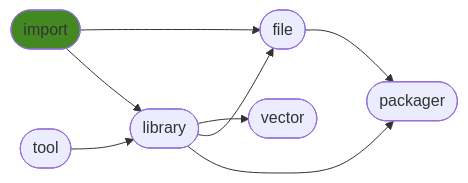
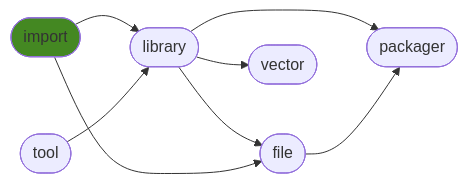
Before and after one commit to ManderaGeneral/generalimport: the diagram in README.md, drawn with Mermaid. The commit also changed other lines of this file, not shown here.

````diff
--- a/README.md
+++ b/README.md
@@ -28,17 +28,17 @@
 ```mermaid
 flowchart LR
+0([import]) --> 2([library])
 2([library]) --> 4([vector])
-0([import]) --> 3([file])
-0([import]) --> 2([library])
+2([library]) --> 5([packager])
 2([library]) --> 3([file])
 1([tool]) --> 2([library])
-2([library]) --> 5([packager])
+0([import]) --> 3([file])
 3([file]) --> 5([packager])
 click 0 "https://github.com/ManderaGeneral/generalimport"
 click 1 "https://github.com/ManderaGeneral/generaltool"
 click 2 "https://github.com/ManderaGeneral/generallibrary"
 click 3 "https://github.com/ManderaGeneral/generalfile"
 click 4 "https://github.com/ManderaGeneral/generalvector"
 click 5 "https://github.com/ManderaGeneral/generalpackager"
 style 0 fill:#482
 ```
````
